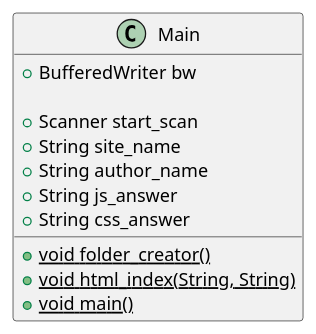
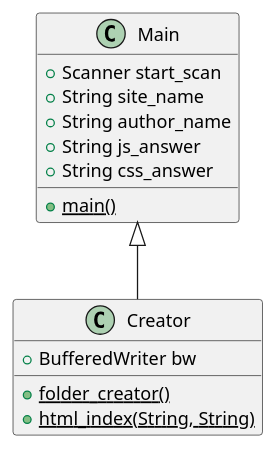
Before and after one commit to salamander5777/Gilday-cop3330-assignment3: the diagram in src/main/java/ex43/ex43Diagram.puml, drawn with PlantUML. The commit also changed 19 other files, not shown here.

```diff
--- a/src/main/java/ex43/ex43Diagram.puml
+++ b/src/main/java/ex43/ex43Diagram.puml
@@ -1,19 +1,24 @@
 @startuml
 'https://plantuml.com/class-diagram
 
 class Main
+class Creator
+
+Main <|-- Creator
+
+class Creator {
+    +BufferedWriter bw
+    {static} +folder_creator()
+    {static} +html_index(String, String)
+}
 
 class Main {
-    +BufferedWriter bw
-
     +Scanner start_scan
     +String site_name
     +String author_name
     +String js_answer
     +String css_answer
-    {static} +void folder_creator()
-    {static} +void html_index(String, String)
-    {static} +void main()
+    {static} +main()
 }
 
 @enduml
```
